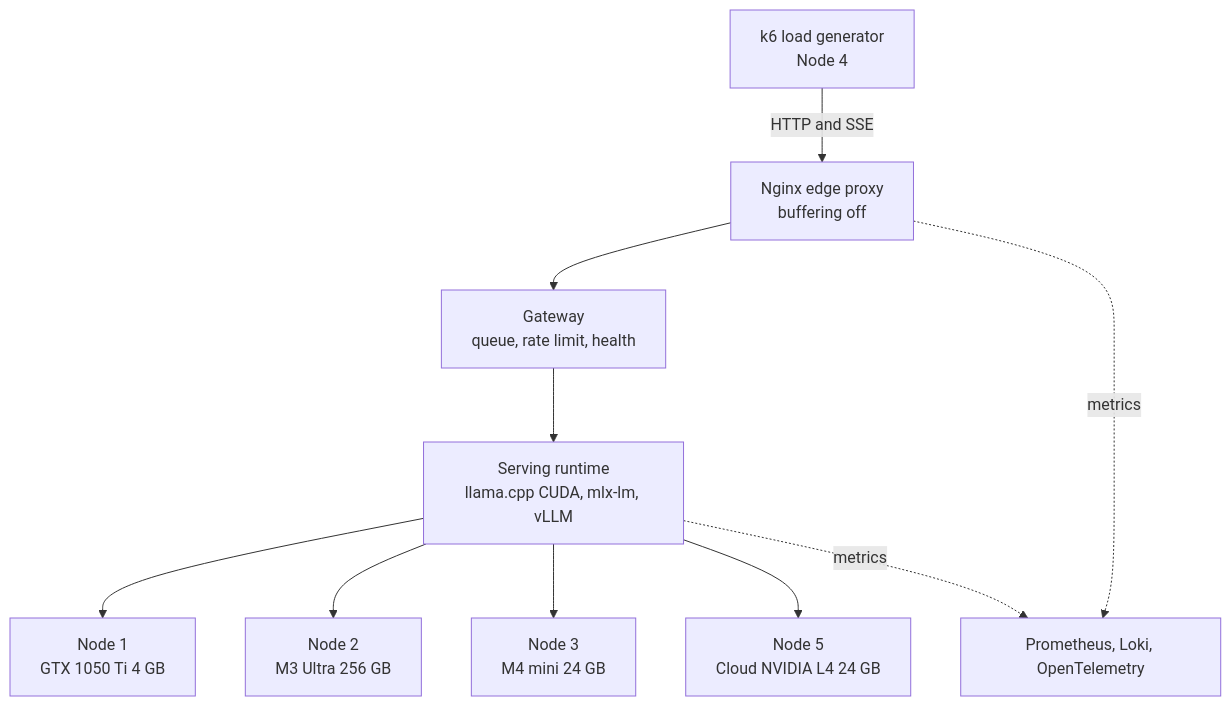
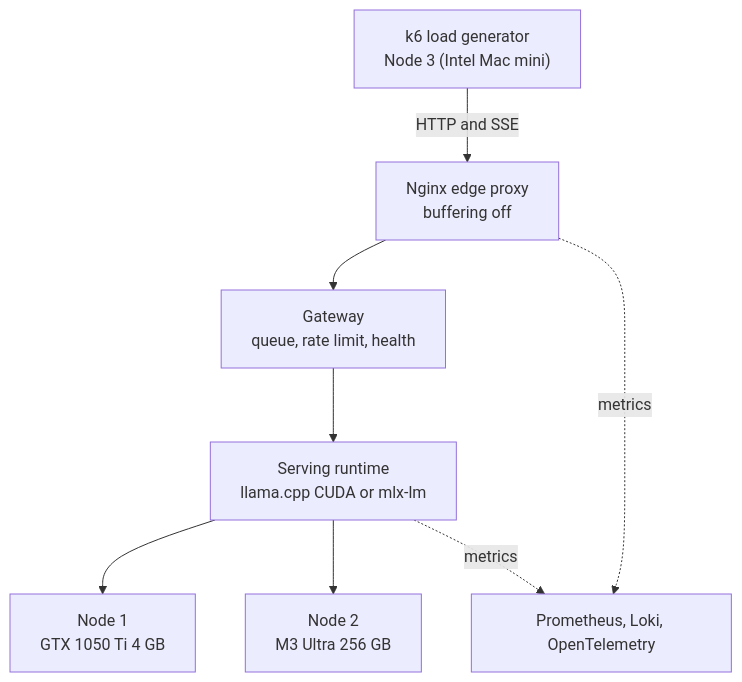
The diagram in README.md (srinivassarkar/ai-infra-systems), drawn with Mermaid before and after one commit. The commit also changed other lines of this file and 1 other file, not shown here.

````diff
--- a/README.md
+++ b/README.md
@@ -11,12 +11,10 @@
 ```mermaid
 flowchart TD
-    K6["k6 load generator<br/>Node 4"] -->|HTTP and SSE| NG["Nginx edge proxy<br/>buffering off"]
+    K6["k6 load generator<br/>Node 3 (Intel Mac mini)"] -->|HTTP and SSE| NG["Nginx edge proxy<br/>buffering off"]
     NG --> GW["Gateway<br/>queue, rate limit, health"]
-    GW --> RT["Serving runtime<br/>llama.cpp CUDA, mlx-lm, vLLM"]
+    GW --> RT["Serving runtime<br/>llama.cpp CUDA or mlx-lm"]
     RT --> N1["Node 1<br/>GTX 1050 Ti 4 GB"]
     RT --> N2["Node 2<br/>M3 Ultra 256 GB"]
-    RT --> N3["Node 3<br/>M4 mini 24 GB"]
-    RT --> N5["Node 5<br/>Cloud NVIDIA L4 24 GB"]
     RT -. metrics .-> OB["Prometheus, Loki, OpenTelemetry"]
     NG -. metrics .-> OB
 ```
````
